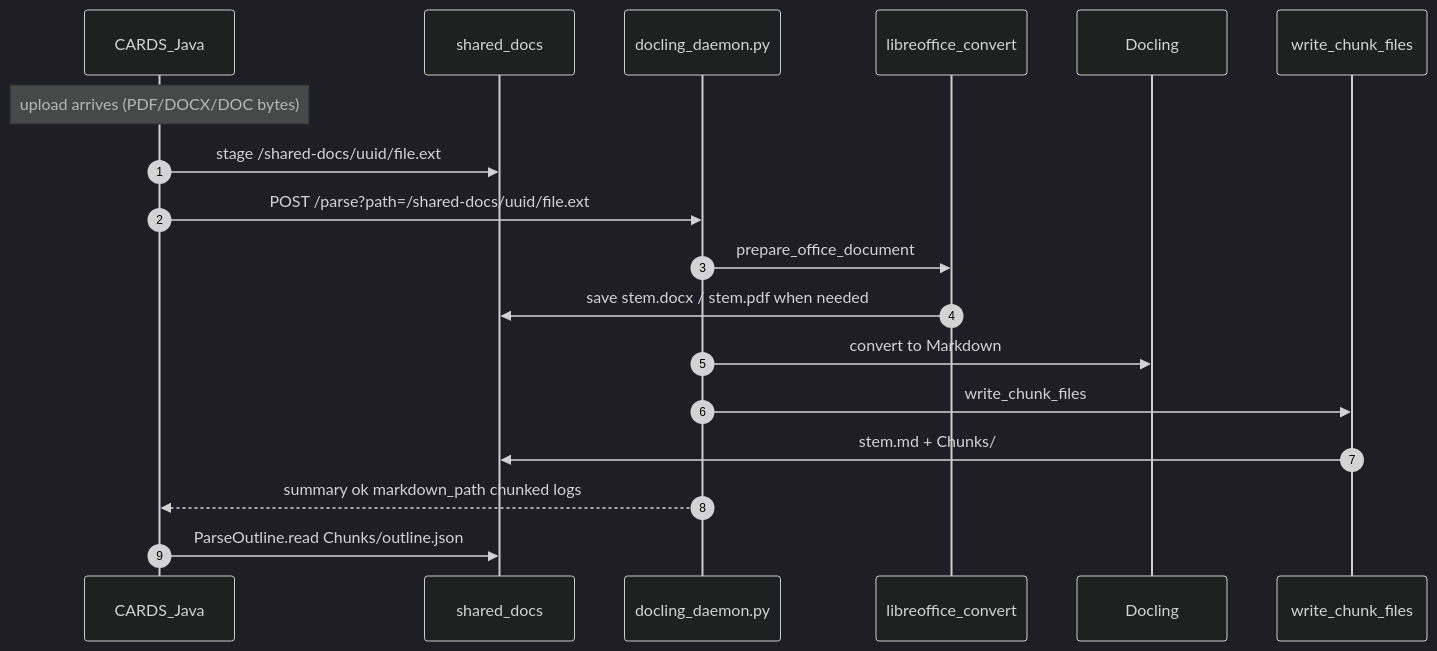
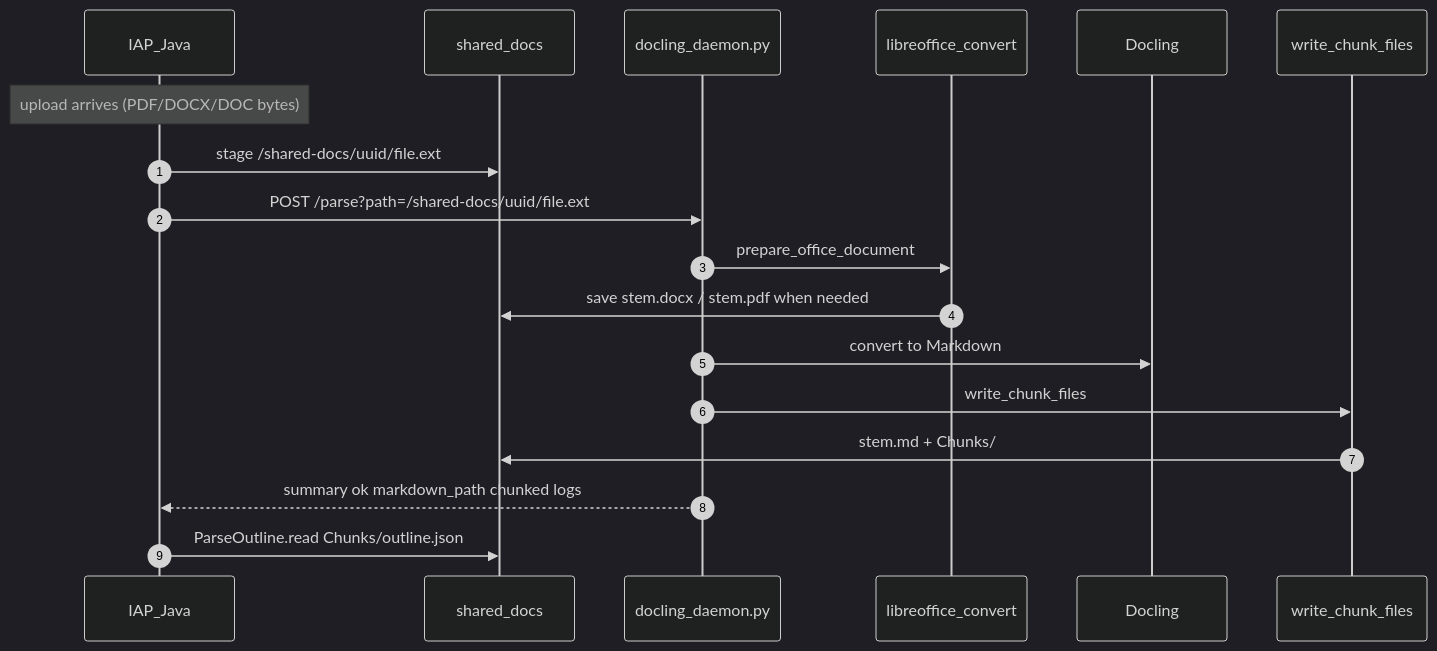
Before and after one commit to data-team-uhn/cards: the second of 3 diagrams in Utilities/Parsing/prompts/PARSING_PIPELINE.md, drawn with Mermaid (dark theme). The commit also changed other lines of this file and 23 other files, not shown here.

````diff
--- a/Utilities/Parsing/prompts/PARSING_PIPELINE.md
+++ b/Utilities/Parsing/prompts/PARSING_PIPELINE.md
@@ -60,21 +60,21 @@
 ```mermaid
 sequenceDiagram
     autonumber
-    participant J as CARDS_Java
+    participant J as IAP_Java
     participant FS as shared_docs
     participant D as docling_daemon.py
     participant LO as libreoffice_convert
     participant P as Docling
     participant W as write_chunk_files
 
     Note over J: upload arrives (PDF/DOCX/DOC bytes)
     J->>FS: stage /shared-docs/uuid/file.ext
     J->>D: POST /parse?path=/shared-docs/uuid/file.ext
     D->>LO: prepare_office_document
     LO->>FS: save stem.docx / stem.pdf when needed
     D->>P: convert to Markdown
     D->>W: write_chunk_files
     W->>FS: stem.md + Chunks/
     D-->>J: summary ok markdown_path chunked logs
     J->>FS: ParseOutline.read Chunks/outline.json
 ```
````
